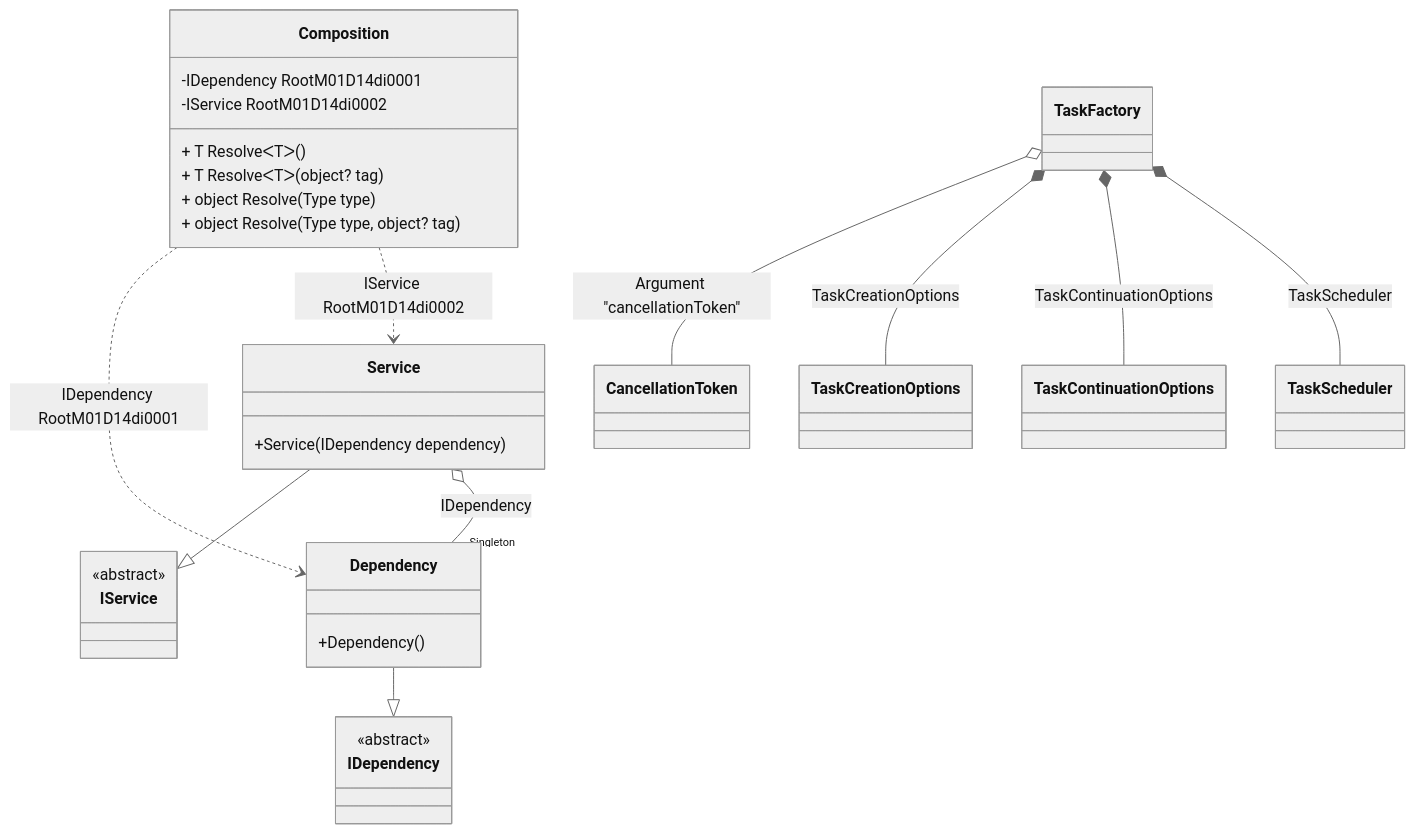
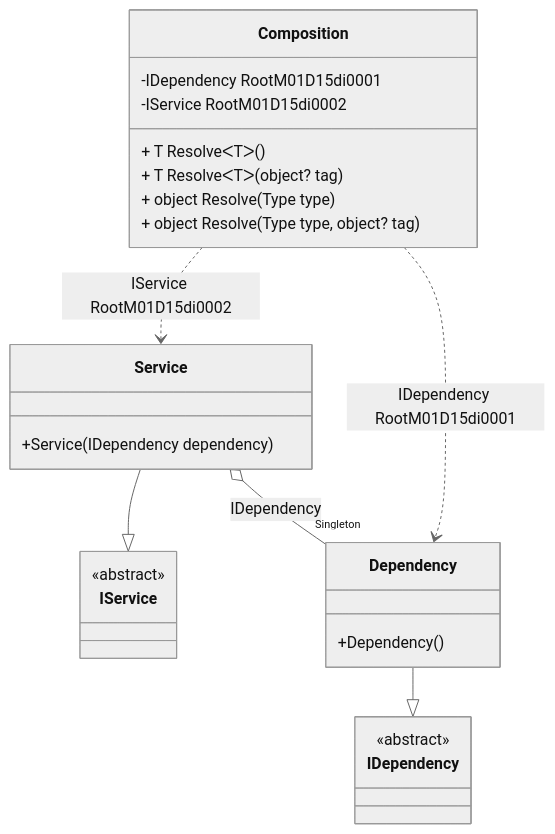
The diagram in readme/service-collection.md (DevTeam/Pure.DI), drawn with Mermaid (neutral theme) before and after one commit. The commit also changed other lines of this file and 66 other files, not shown here.

Commit message:
Minimizing the volume of the dependency graph

````diff
--- a/readme/service-collection.md
+++ b/readme/service-collection.md
@@ -47,37 +47,28 @@
 ```mermaid
 classDiagram
   class Composition {
-    -IDependency RootM01D14di0001
-    -IService RootM01D14di0002
+    -IDependency RootM01D15di0001
+    -IService RootM01D15di0002
     + T ResolveᐸTᐳ()
     + T ResolveᐸTᐳ(object? tag)
     + object Resolve(Type type)
     + object Resolve(Type type, object? tag)
   }
   Service --|> IService : 
   class Service {
     +Service(IDependency dependency)
   }
   Dependency --|> IDependency : 
   class Dependency {
     +Dependency()
   }
-  class TaskScheduler
-  class TaskCreationOptions
-  class TaskContinuationOptions
-  class TaskFactory
-  class CancellationToken
   class IService {
     <<abstract>>
   }
   class IDependency {
     <<abstract>>
   }
   Service o--  "Singleton" Dependency : IDependency
-  TaskFactory o-- CancellationToken : Argument "cancellationToken"
-  TaskFactory *--  TaskCreationOptions : TaskCreationOptions
-  TaskFactory *--  TaskContinuationOptions : TaskContinuationOptions
-  TaskFactory *--  TaskScheduler : TaskScheduler
-  Composition ..> Dependency : IDependency RootM01D14di0001
-  Composition ..> Service : IService RootM01D14di0002
+  Composition ..> Dependency : IDependency RootM01D15di0001
+  Composition ..> Service : IService RootM01D15di0002
 ```
````
